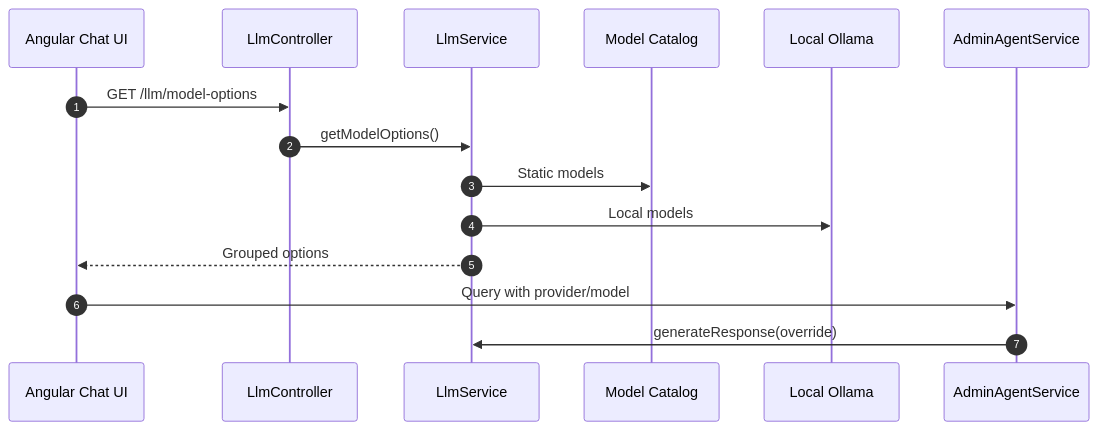
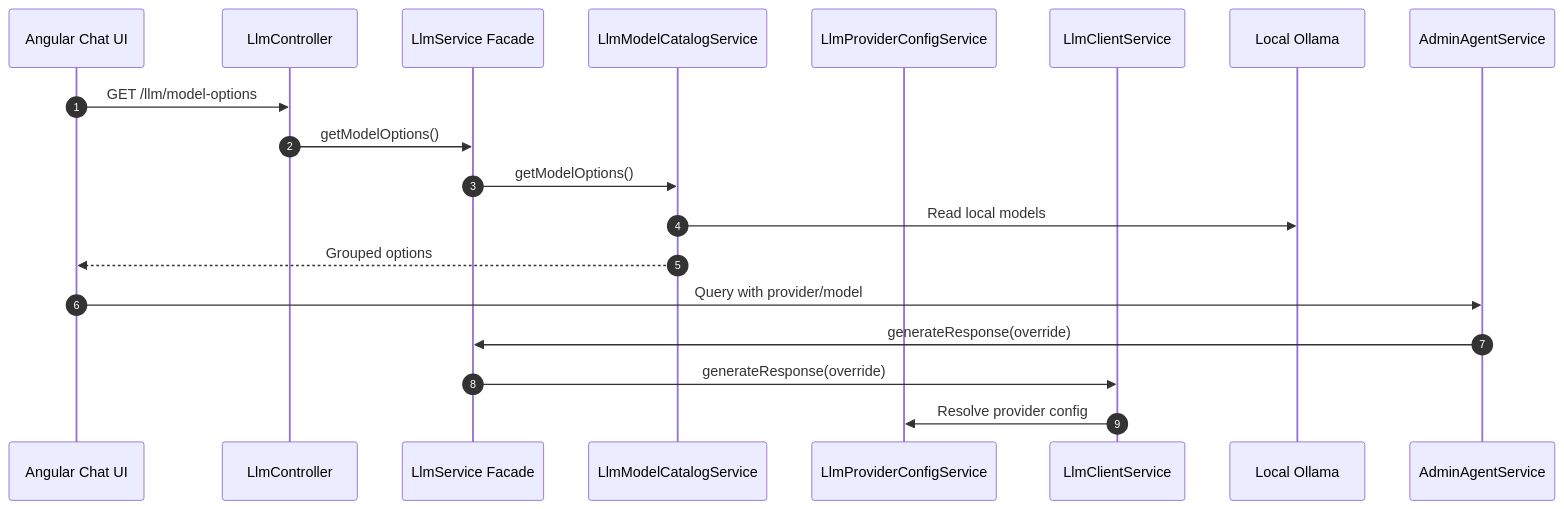
The sixth of 6 diagrams in documents/architecture-diagram.md (Poratt/Agentic-Agent), drawn with Mermaid before and after one commit. The commit also changed other lines of this file and 21 other files, not shown here.

````diff
--- a/documents/architecture-diagram.md
+++ b/documents/architecture-diagram.md
@@ -203,18 +215,22 @@
 ```mermaid
 sequenceDiagram
   autonumber
   participant Chat as Angular Chat UI
   participant LlmApi as LlmController
-  participant Llm as LlmService
-  participant Catalog as Model Catalog
+  participant Llm as LlmService Facade
+  participant Catalog as LlmModelCatalogService
+  participant Config as LlmProviderConfigService
+  participant Client as LlmClientService
   participant Ollama as Local Ollama
   participant Agent as AdminAgentService
 
   Chat->>LlmApi: GET /llm/model-options
   LlmApi->>Llm: getModelOptions()
-  Llm->>Catalog: Static models
-  Llm->>Ollama: Local models
-  Llm-->>Chat: Grouped options
+  Llm->>Catalog: getModelOptions()
+  Catalog->>Ollama: Read local models
+  Catalog-->>Chat: Grouped options
   Chat->>Agent: Query with provider/model
   Agent->>Llm: generateResponse(override)
+  Llm->>Client: generateResponse(override)
+  Client->>Config: Resolve provider config
 ```
````
